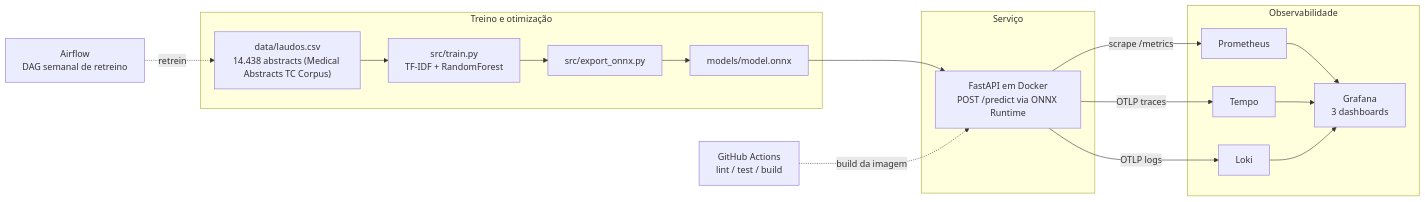
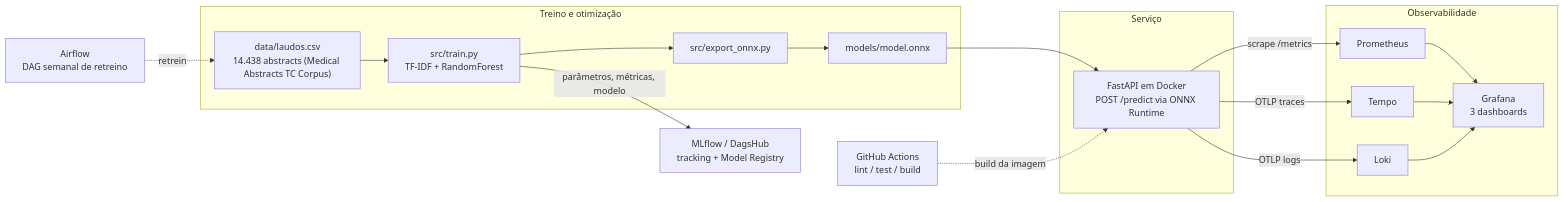
One commit to JosueJNLui/fiap-mlet-challenge-fase-3 changed the diagram in README.md. Above: the diagram before and after it, drawn with Mermaid. The commit also changed other lines of this file, not shown here.

````diff
--- a/README.md
+++ b/README.md
@@ -7,30 +16,32 @@
 ```mermaid
 flowchart LR
     subgraph treino["Treino e otimização"]
         CSV["data/laudos.csv<br/>14.438 abstracts (Medical Abstracts TC Corpus)"]
         TRAIN["src/train.py<br/>TF-IDF + RandomForest"]
         EXPORT["src/export_onnx.py"]
         ONNX["models/model.onnx"]
     end
+    MLFLOW["MLflow / DagsHub<br/>tracking + Model Registry"]
     subgraph servico["Serviço"]
         API["FastAPI em Docker<br/>POST /predict via ONNX Runtime"]
     end
     subgraph obs["Observabilidade"]
         PROM["Prometheus"]
         TEMPO["Tempo"]
         LOKI["Loki"]
         GRAF["Grafana<br/>3 dashboards"]
     end
     DAG["Airflow<br/>DAG semanal de retreino"]
     CI["GitHub Actions<br/>lint / test / build"]
 
     CSV --> TRAIN --> EXPORT --> ONNX --> API
+    TRAIN -->|parâmetros, métricas, modelo| MLFLOW
     API -->|scrape /metrics| PROM
     API -->|OTLP traces| TEMPO
     API -->|OTLP logs| LOKI
     PROM --> GRAF
     TEMPO --> GRAF
     LOKI --> GRAF
     DAG -.retreino.-> CSV
     CI -.build da imagem.-> API
 ```
````
